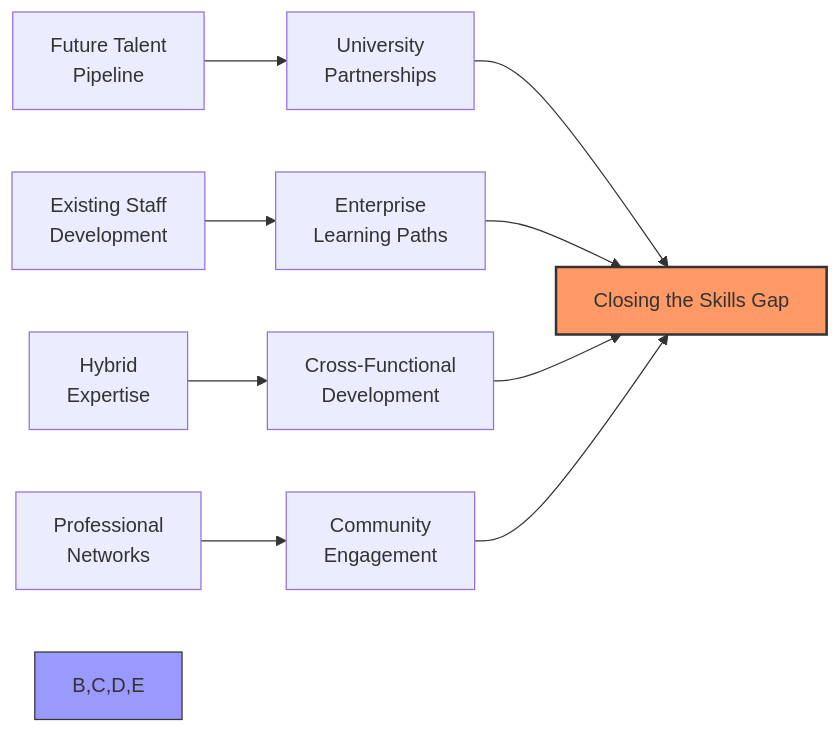
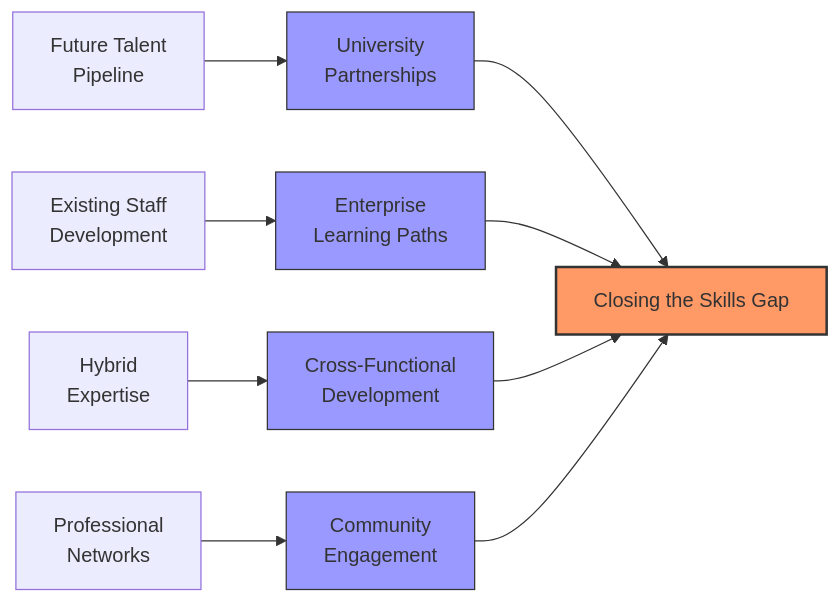
The eighth of 8 diagrams in cio-may.md (AliceNN-ucdenver/Iasa), drawn with Mermaid before and after one commit.

````diff
--- a/cio-may.md
+++ b/cio-may.md
@@ -269,15 +269,18 @@
 ```mermaid
-flowchart LR
+ graph LR
     B1["Future Talent<br>Pipeline"] --> B["University<br>Partnerships"]
     C1["Existing Staff<br>Development"] --> C["Enterprise<br>Learning Paths"]
     D1["Hybrid<br>Expertise"] --> D["Cross-Functional<br>Development"]
     E1["Professional<br>Networks"] --> E["Community<br>Engagement"]
     
     B --> A["Closing the Skills Gap"]
     C --> A
     D --> A
     E --> A
     
     style A fill:#f96,stroke:#333,stroke-width:2px
-    style B,C,D,E fill:#99f,stroke:#333,stroke-width:1px
+    style B fill:#99f,stroke:#333,stroke-width:1px
+    style C fill:#99f,stroke:#333,stroke-width:1px
+    style D fill:#99f,stroke:#333,stroke-width:1px
+    style E fill:#99f,stroke:#333,stroke-width:1px 
 ```
````
